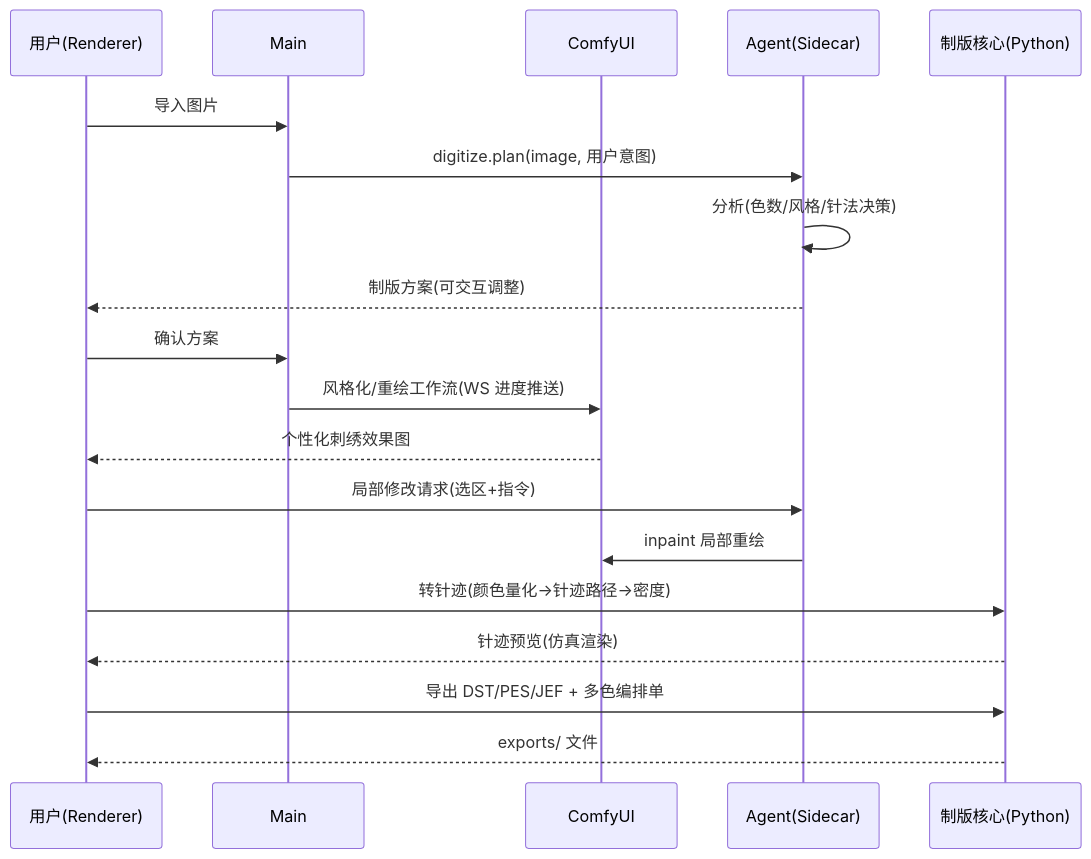
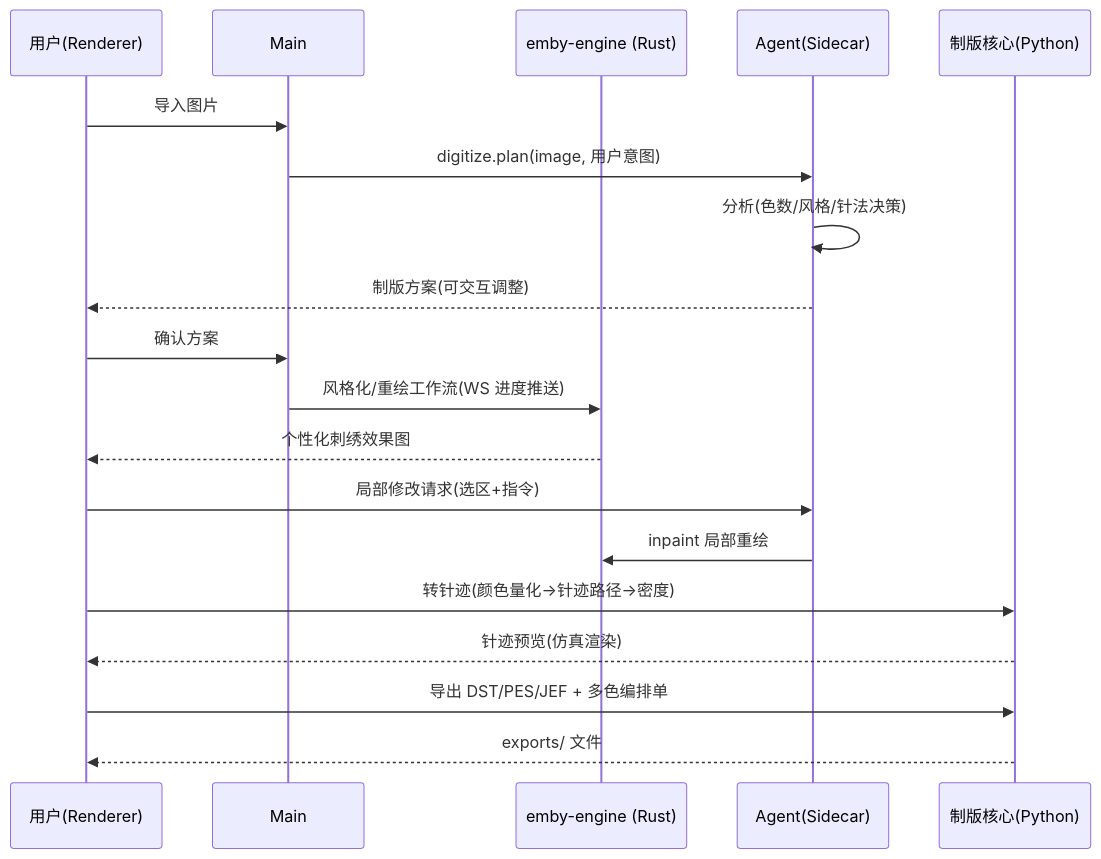
Before and after one commit to licher255/open_emby: the second of 2 diagrams in docs/ARCHITECTURE.md, drawn with Mermaid. The commit also changed other lines of this file and 79 other files, not shown here.

First line of the commit message:
feat: native Rust generation engine, project workflow, and Apple-style redesign

````diff
--- a/docs/ARCHITECTURE.md
+++ b/docs/ARCHITECTURE.md
@@ -80,22 +80,22 @@
 ```mermaid
 sequenceDiagram
     participant U as 用户(Renderer)
     participant M as Main
-    participant C as ComfyUI
+    participant C as emby-engine (Rust)
     participant A as Agent(Sidecar)
     participant D as 制版核心(Python)
 
     U->>M: 导入图片
     M->>A: digitize.plan(image, 用户意图)
     A->>A: 分析(色数/风格/针法决策)
     A-->>U: 制版方案(可交互调整)
     U->>M: 确认方案
     M->>C: 风格化/重绘工作流(WS 进度推送)
     C-->>U: 个性化刺绣效果图
     U->>A: 局部修改请求(选区+指令)
     A->>C: inpaint 局部重绘
     U->>D: 转针迹(颜色量化→针迹路径→密度)
     D-->>U: 针迹预览(仿真渲染)
     U->>D: 导出 DST/PES/JEF + 多色编排单
     D-->>U: exports/ 文件
 ```
````
